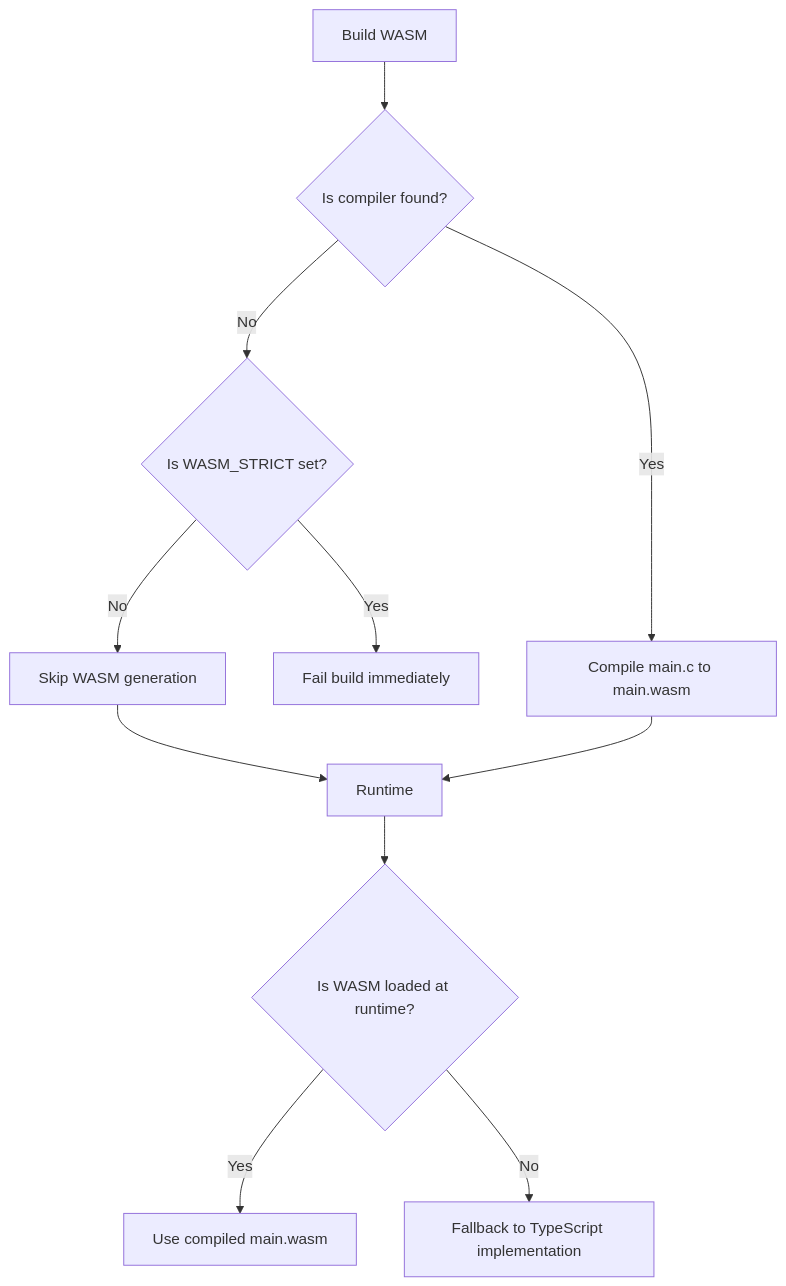
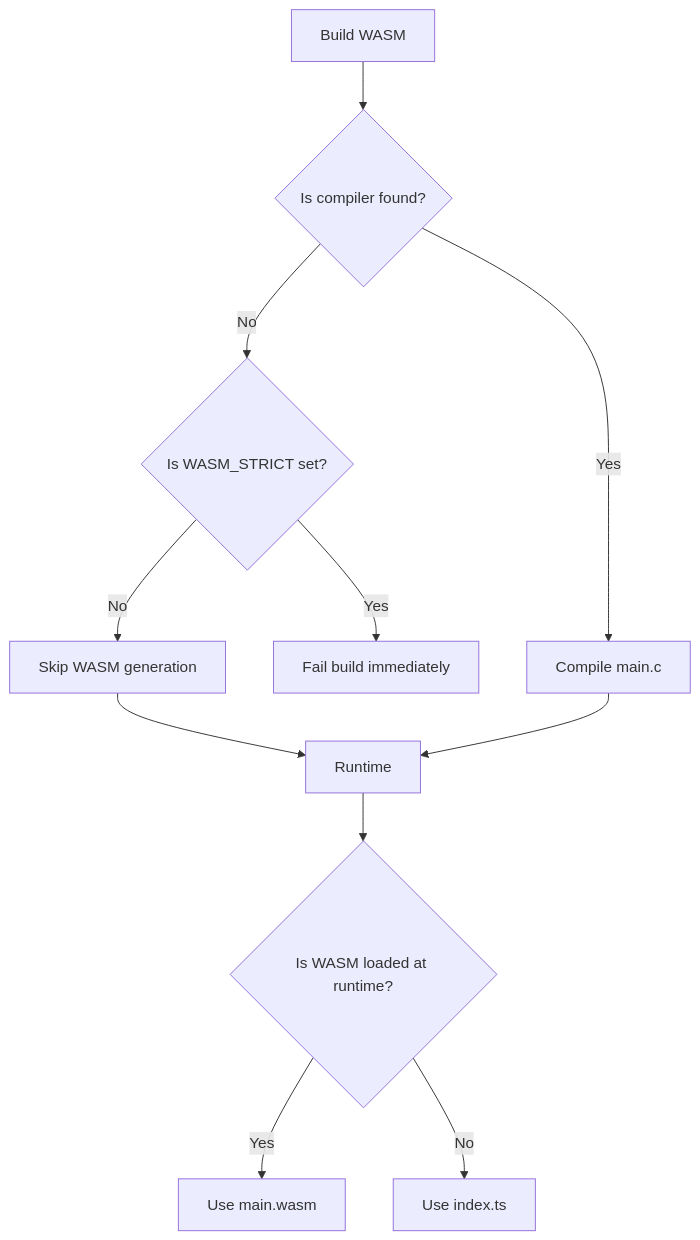
The first of 2 diagrams in CONTRIBUTING.md (SiegeSailor/Cryptography), drawn with Mermaid before and after one commit. The commit also changed other lines of this file, not shown here.

Commit message:
docs: enhance CONTRIBUTING guidelines for clarity and AI assistant usage

````diff
--- a/CONTRIBUTING.md
+++ b/CONTRIBUTING.md
@@ -70,13 +72,13 @@
 ```mermaid
 flowchart TD
   A[Build WASM] --> B{Is compiler found?}
-  B -->|Yes| C[Compile main.c to main.wasm]
+  B -->|Yes| C[Compile main.c]
   B -->|No| D{Is WASM_STRICT set?}
   D -->|Yes| E[Fail build immediately]
   D -->|No| F[Skip WASM generation]
   F --> R
   C --> R[Runtime]
   R --> I{Is WASM loaded at runtime?}
-  I -->|Yes| J[Use compiled main.wasm]
-  I -->|No| K[Fallback to TypeScript implementation]
+  I -->|Yes| J[Use main.wasm]
+  I -->|No| K[Use index.ts]
 ```
````
